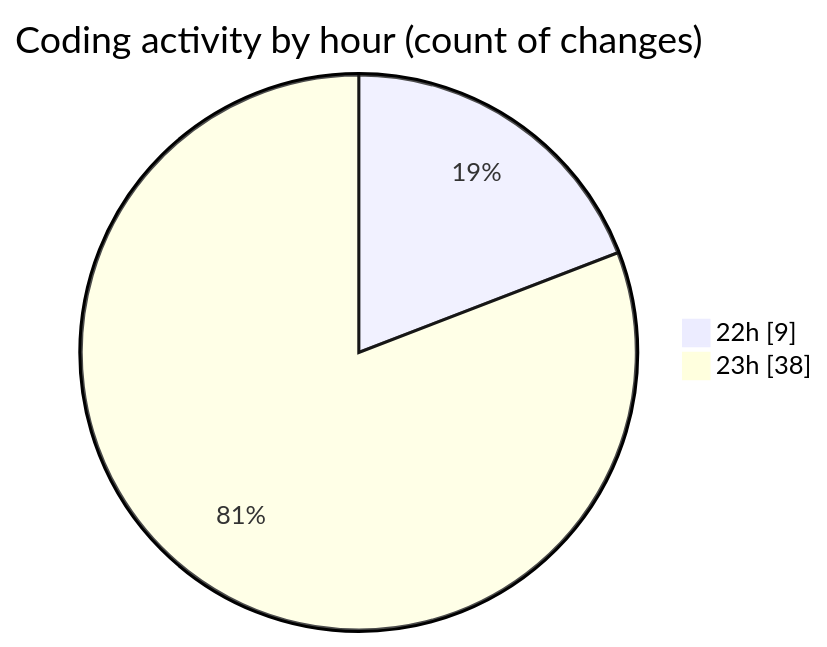
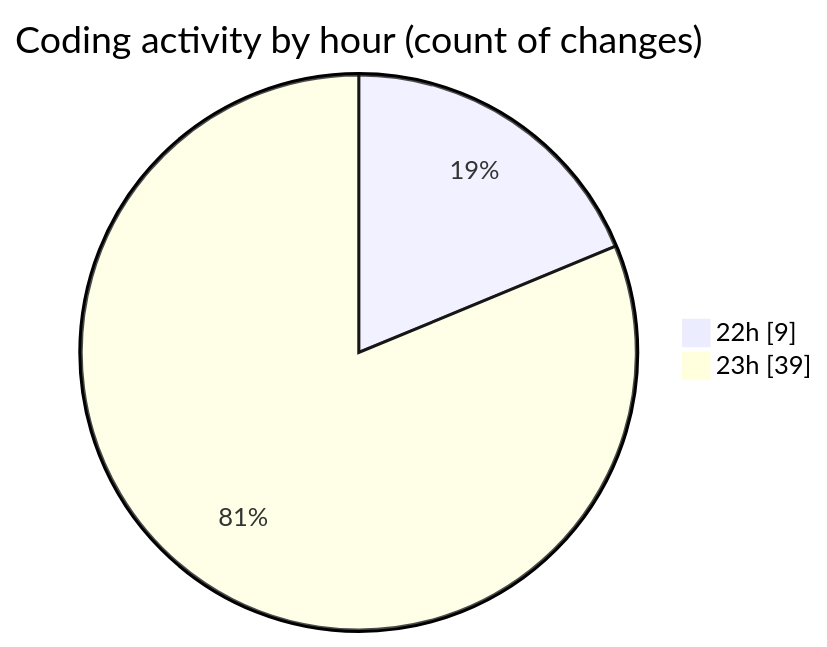
Before and after one commit to becaeroporto-bot/code-tracking: the second of 2 diagrams in 2026-02-16/chatbot-ui-main/README.md, drawn with Mermaid. The commit also changed other lines of this file and 1 other file, not shown here.

````diff
--- a/2026-02-16/chatbot-ui-main/README.md
+++ b/2026-02-16/chatbot-ui-main/README.md
@@ -39,6 +39,6 @@
 ```mermaid
 pie showData
 title Coding activity by hour (count of changes)
 "22h" : 9
-"23h" : 38
+"23h" : 39
 ```
````
